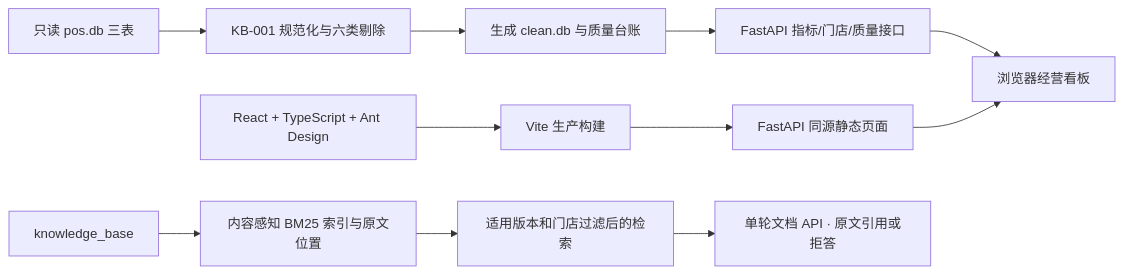
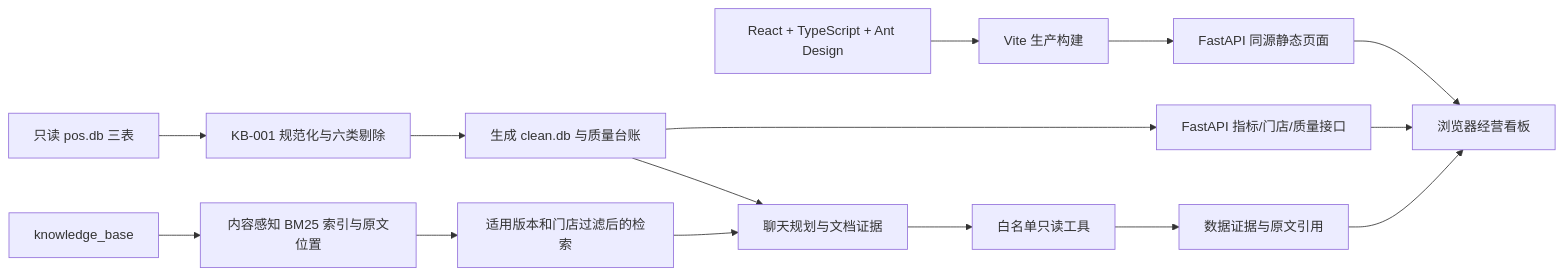
One commit to FHMinyi/moneki-ai-takehome changed the diagram in README.md. Above: the diagram before and after it, drawn with Mermaid. The commit also changed other lines of this file and 10 other files, not shown here.

````diff
--- a/README.md
+++ b/README.md
@@ -49,13 +48,17 @@
 ```mermaid
 flowchart LR
   POS[只读 pos.db 三表] --> CLEAN[KB-001 规范化与六类剔除]
   CLEAN --> DB[生成 clean.db 与质量台账]
   DB --> API[FastAPI 指标/门店/质量接口]
   SRC[React + TypeScript + Ant Design] --> VITE[Vite 生产构建]
   VITE --> STATIC[FastAPI 同源静态页面]
   API --> UI[浏览器经营看板]
   STATIC --> UI
   KB[knowledge_base] --> INDEX[内容感知 BM25 索引与原文位置]
   INDEX --> RETRIEVE[适用版本和门店过滤后的检索]
-  RETRIEVE --> CHAT[单轮文档 API · 原文引用或拒答]
+  RETRIEVE --> CHAT[聊天规划与文档证据]
+  DB --> CHAT
+  CHAT --> TOOLS[白名单只读工具]
+  TOOLS --> ANSWER[数据证据与原文引用]
+  ANSWER --> UI
 ```
````
